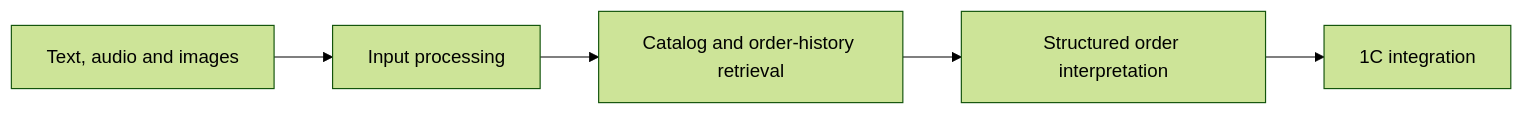
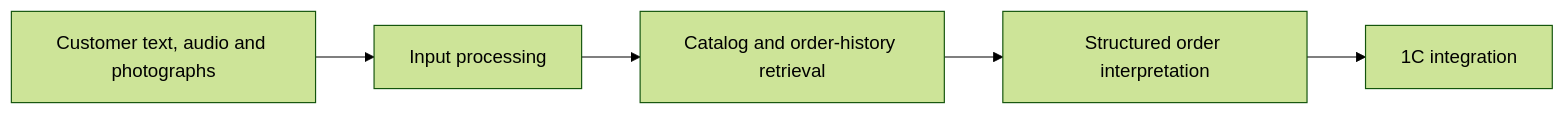
Before and after one commit to moti4k/moti4k: the diagram in work/order-automation.md, drawn with Mermaid (forest theme). The commit also changed other lines of this file and 5 other files, not shown here.

Commit message:
docs: clarify ordering workflow, contributions and project timeline

````diff
--- a/work/order-automation.md
+++ b/work/order-automation.md
@@ -9,7 +11,7 @@
 ```mermaid
 flowchart LR
-    A[Text, audio and images] --> B[Input processing]
+    A[Customer text, audio and photographs] --> B[Input processing]
     B --> C[Catalog and order-history retrieval]
     C --> D[Structured order interpretation]
     D --> E[1C integration]
 ```
````
